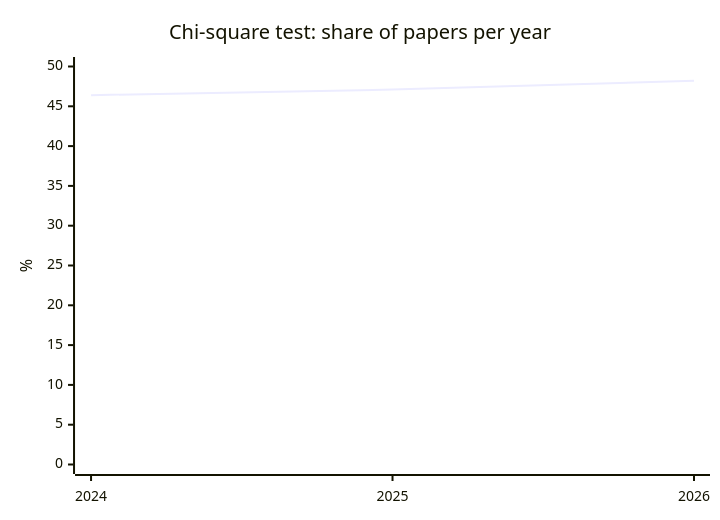
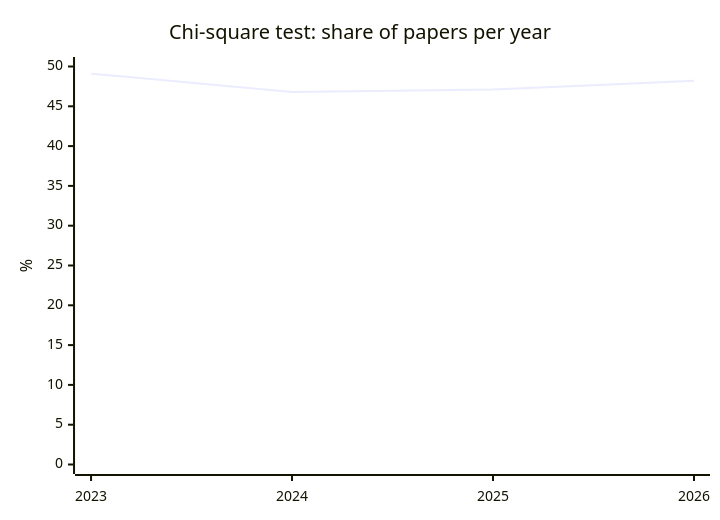
Before and after one commit to nfdi4health/datashield-function-ideas: the first of 5 diagrams in literature-watch/reports/overview.md, drawn with Mermaid. The commit also changed other lines of this file and 1 other file, not shown here.

````diff
--- a/literature-watch/reports/overview.md
+++ b/literature-watch/reports/overview.md
@@ -52,7 +52,7 @@
 ```mermaid
 xychart-beta
   title "Chi-square test: share of papers per year"
-  x-axis [2024, 2025, 2026]
+  x-axis [2023, 2024, 2025, 2026]
   y-axis "%" 0 --> 50
-  line [46.4, 47.1, 48.2]
+  line [49.1, 46.8, 47.1, 48.2]
 ```
````
